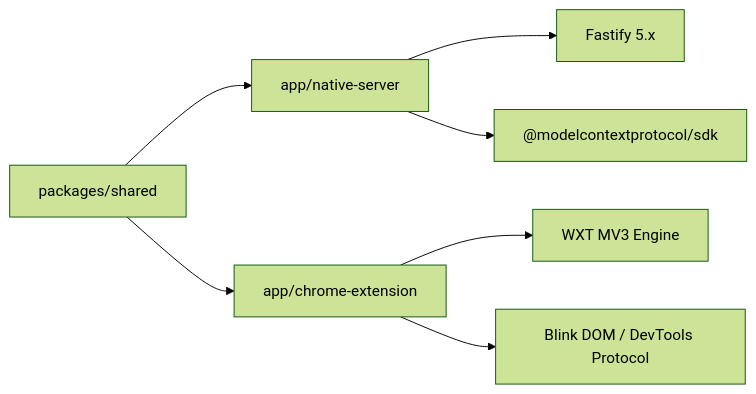
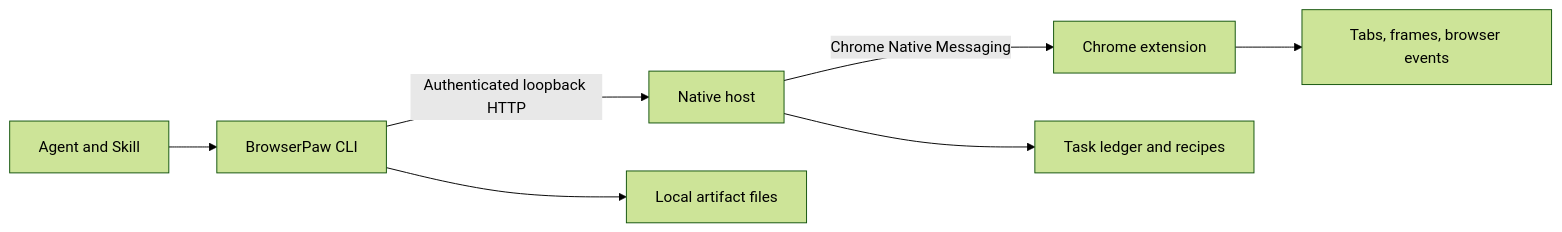
The diagram in docs/ARCHITECTURE.md (GoldenLoaf24h/browserpaw), drawn with Mermaid (forest theme) before and after one commit. The commit also changed other lines of this file and 334 other files, not shown here.

Commit message:
feat(cli): replace MCP with the BrowserPaw CLI workflow

````diff
--- a/docs/ARCHITECTURE.md
+++ b/docs/ARCHITECTURE.md
@@ -88,9 +3,9 @@
 ```mermaid
-graph LR
-    Shared["packages/shared"] --> NativeServer["app/native-server"]
-    Shared --> ChromeExtension["app/chrome-extension"]
-    ChromeExtension --> WXT["WXT MV3 Engine"]
-    ChromeExtension --> Blink["Blink DOM / DevTools Protocol"]
-    NativeServer --> Fastify["Fastify 5.x"]
-    NativeServer --> MCPCore["@modelcontextprotocol/sdk"]
+flowchart LR
+  A["Agent and Skill"] --> C["BrowserPaw CLI"]
+  C -->|"Authenticated loopback HTTP"| H["Native host"]
+  H -->|"Chrome Native Messaging"| E["Chrome extension"]
+  E --> P["Tabs, frames, browser events"]
+  H --> S["Task ledger and recipes"]
+  C --> F["Local artifact files"]
 ```
````
